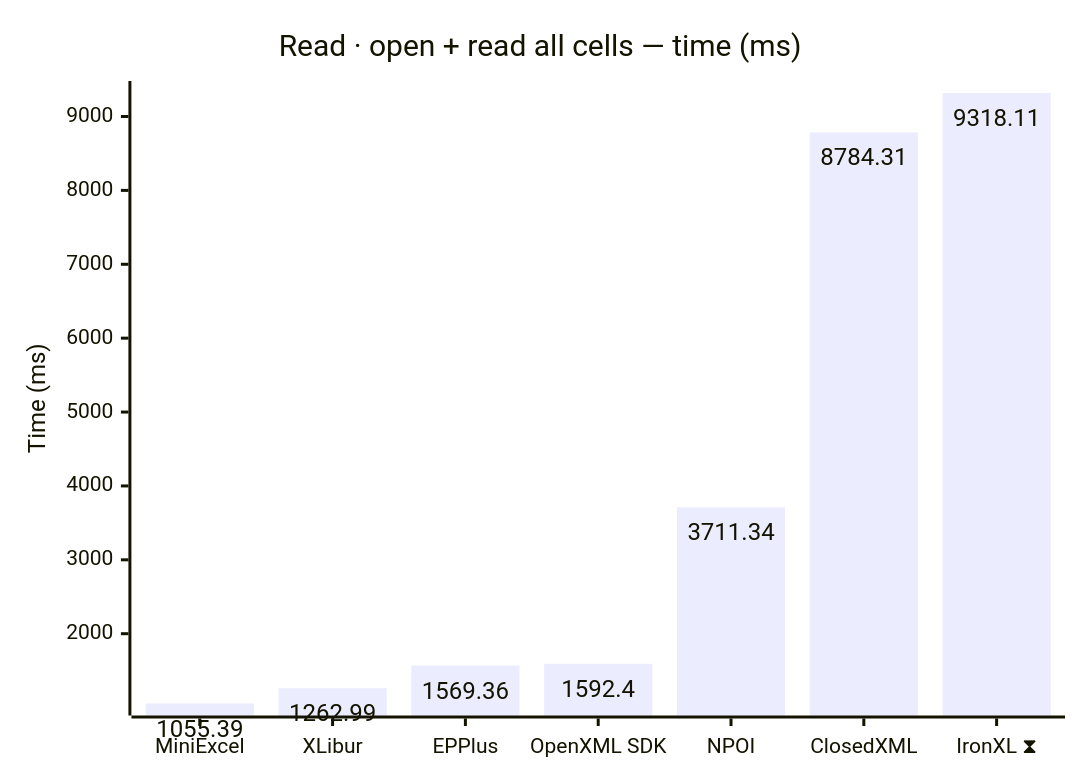
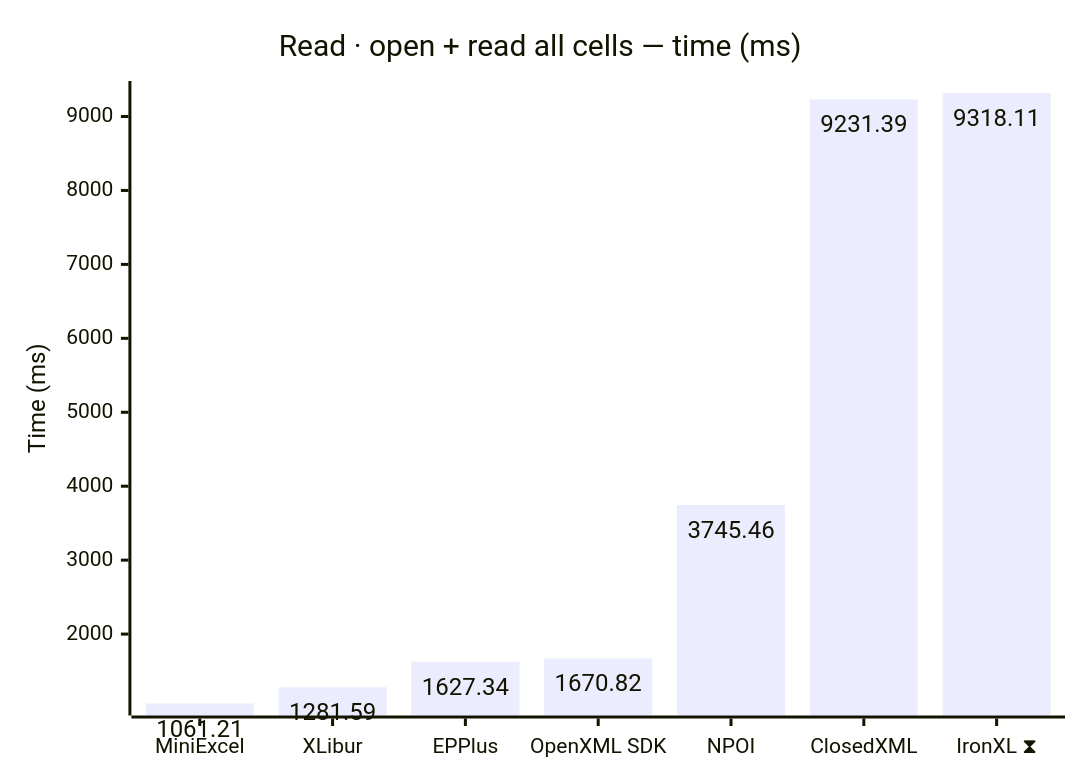
Before and after one commit to jafin/XLBench: the third of 12 diagrams in docs/results-ci.md, drawn with Mermaid. The commit also changed other lines of this file, not shown here.

````diff
--- a/docs/results-ci.md
+++ b/docs/results-ci.md
@@ -67,12 +67,12 @@
 ```mermaid
 ---
 config:
   xyChart:
     showDataLabel: true
 ---
 xychart-beta
     title "Read · open + read all cells — time (ms)"
     x-axis ["MiniExcel", "XLibur", "EPPlus", "OpenXML SDK", "NPOI", "ClosedXML", "IronXL ⧗"]
     y-axis "Time (ms)"
-    bar [1055.39, 1262.99, 1569.36, 1592.4, 3711.34, 8784.31, 9318.11]
+    bar [1061.21, 1281.59, 1627.34, 1670.82, 3745.46, 9231.39, 9318.11]
 ```
````
